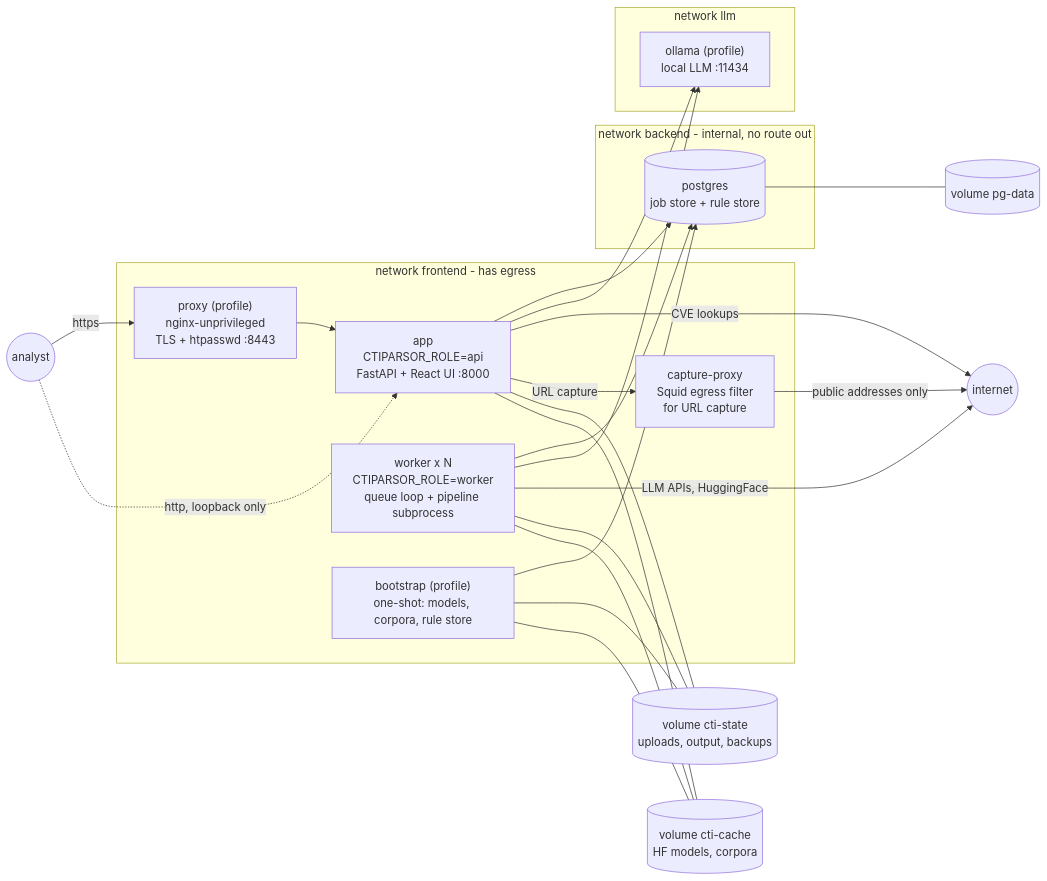
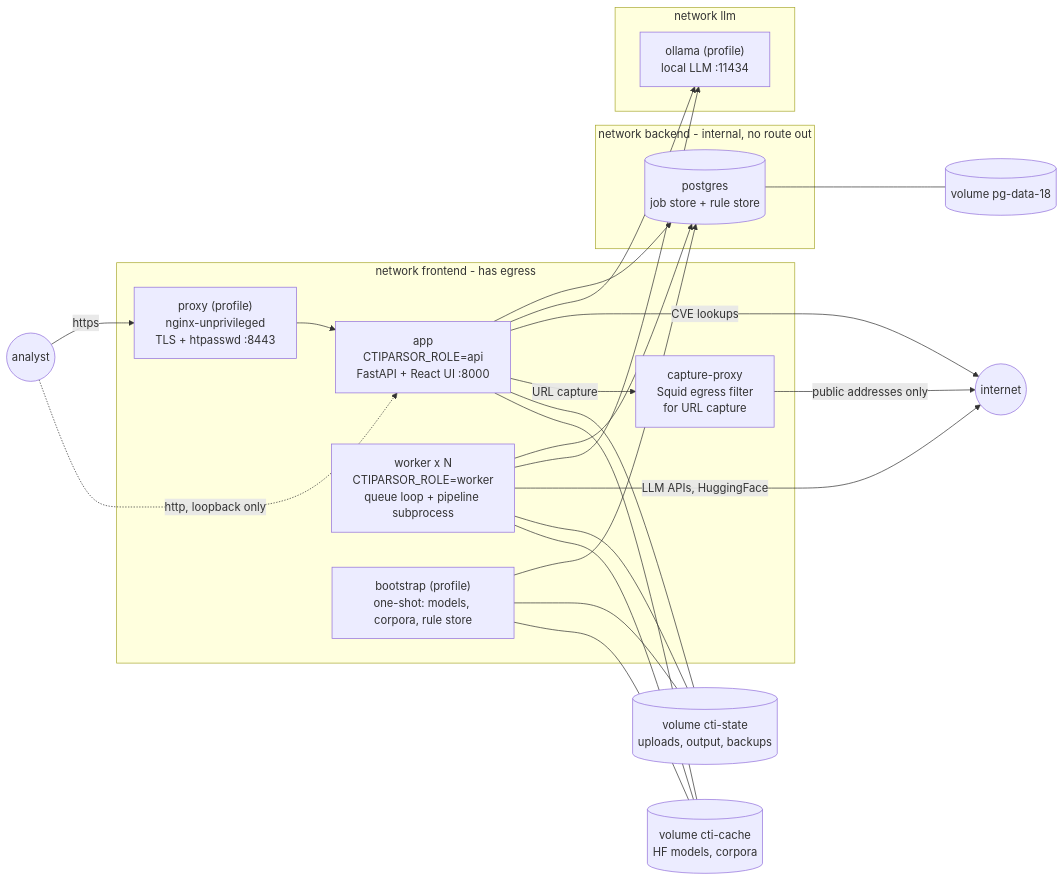
Before and after one commit to Stixaly/CTIParsor: the first of 2 diagrams in docs/architecture.md, drawn with Mermaid. The commit also changed other lines of this file and 9 other files, not shown here.

````diff
--- a/docs/architecture.md
+++ b/docs/architecture.md
@@ -36,36 +36,36 @@
 ```mermaid
 flowchart LR
     subgraph frontend [network frontend - has egress]
         proxy["proxy (profile)\nnginx-unprivileged\nTLS + htpasswd :8443"]
         app["app\nCTIPARSOR_ROLE=api\nFastAPI + React UI :8000"]
         worker["worker x N\nCTIPARSOR_ROLE=worker\nqueue loop + pipeline subprocess"]
         bootstrap["bootstrap (profile)\none-shot: models, corpora, rule store"]
         capproxy["capture-proxy\nSquid egress filter\nfor URL capture"]
     end
     subgraph backend [network backend - internal, no route out]
         pg[("postgres\njob store + rule store")]
     end
     subgraph llm [network llm]
         ollama["ollama (profile)\nlocal LLM :11434"]
     end
     analyst((analyst)) -->|https| proxy --> app
     analyst -.->|http, loopback only| app
     app --> pg
     worker --> pg
     bootstrap --> pg
     app --> ollama
     worker --> ollama
     worker -->|LLM APIs, HuggingFace| internet((internet))
     app -->|CVE lookups| internet
     app -->|URL capture| capproxy -->|public addresses only| internet
     state[("volume cti-state\nuploads, output, backups")]
     cache[("volume cti-cache\nHF models, corpora")]
-    pgdata[("volume pg-data")]
+    pgdata[("volume pg-data-18")]
     app --- state
     app --- cache
     worker --- state
     worker --- cache
     bootstrap --- state
     bootstrap --- cache
     pg --- pgdata
 ```
````
